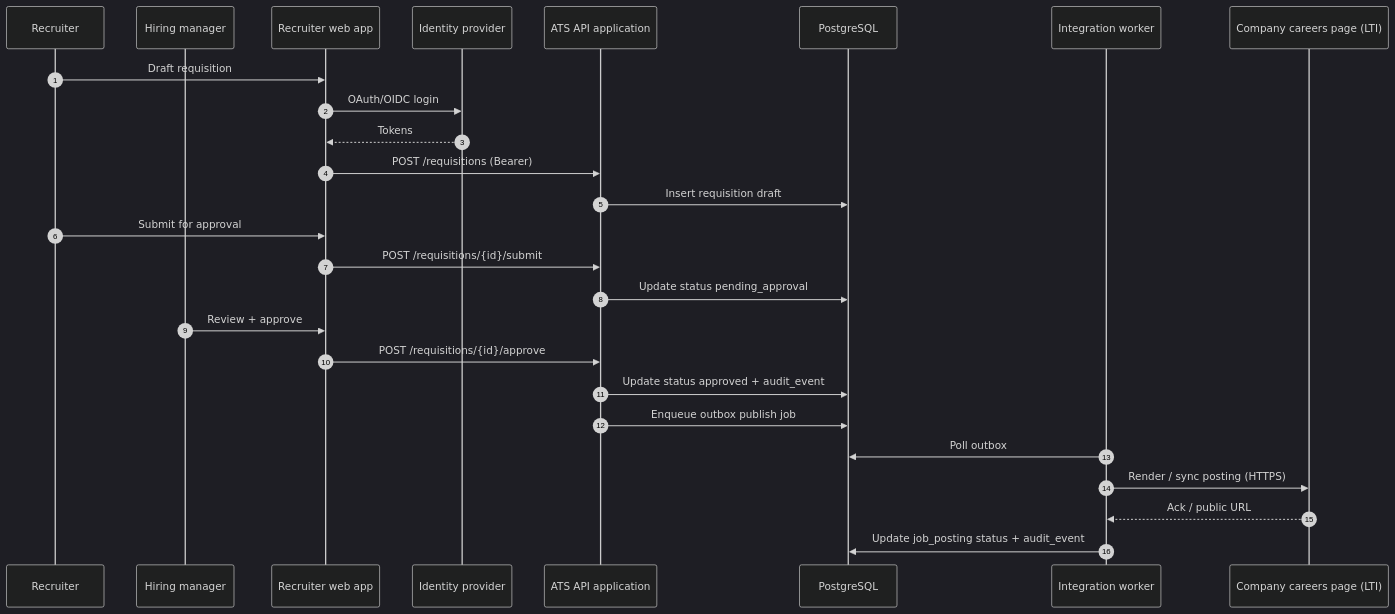
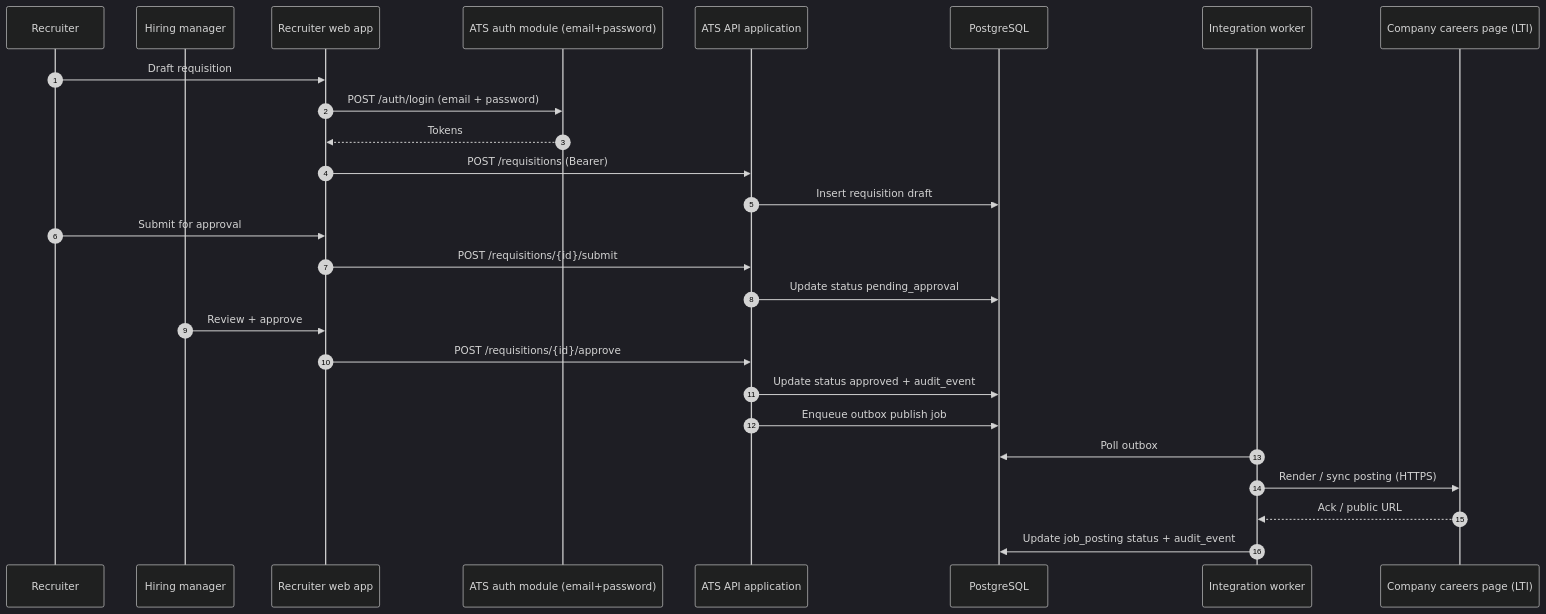
The second of 8 diagrams in LTI-ICS/LTI-ICS.md (icsanabriar/AI4Devs-design-2-202602-Seniors), drawn with Mermaid (dark theme) before and after one commit. The commit also changed other lines of this file and 2 other files, not shown here.

````diff
--- a/LTI-ICS/LTI-ICS.md
+++ b/LTI-ICS/LTI-ICS.md
@@ -103,28 +103,28 @@
 ```mermaid
 sequenceDiagram
   autonumber
   participant R as Recruiter
   participant HM as Hiring manager
   participant WEB as Recruiter web app
-  participant IDP as Identity provider
+  participant IDP as ATS auth module (email+password)
   participant API as ATS API application
   participant DB as PostgreSQL
   participant WRK as Integration worker
   participant CAREERS as Company careers page (LTI)
   R->>WEB: Draft requisition
-  WEB->>IDP: OAuth/OIDC login
+  WEB->>IDP: POST /auth/login (email + password)
   IDP-->>WEB: Tokens
   WEB->>API: POST /requisitions (Bearer)
   API->>DB: Insert requisition draft
   R->>WEB: Submit for approval
   WEB->>API: POST /requisitions/{id}/submit
   API->>DB: Update status pending_approval
   HM->>WEB: Review + approve
   WEB->>API: POST /requisitions/{id}/approve
   API->>DB: Update status approved + audit_event
   API->>DB: Enqueue outbox publish job
   WRK->>DB: Poll outbox
   WRK->>CAREERS: Render / sync posting (HTTPS)
   CAREERS-->>WRK: Ack / public URL
   WRK->>DB: Update job_posting status + audit_event
 ```
````
